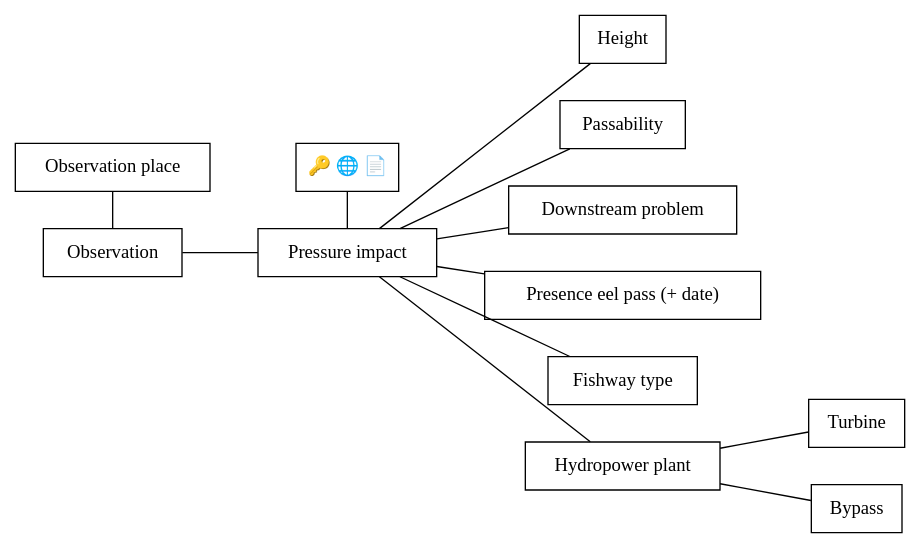
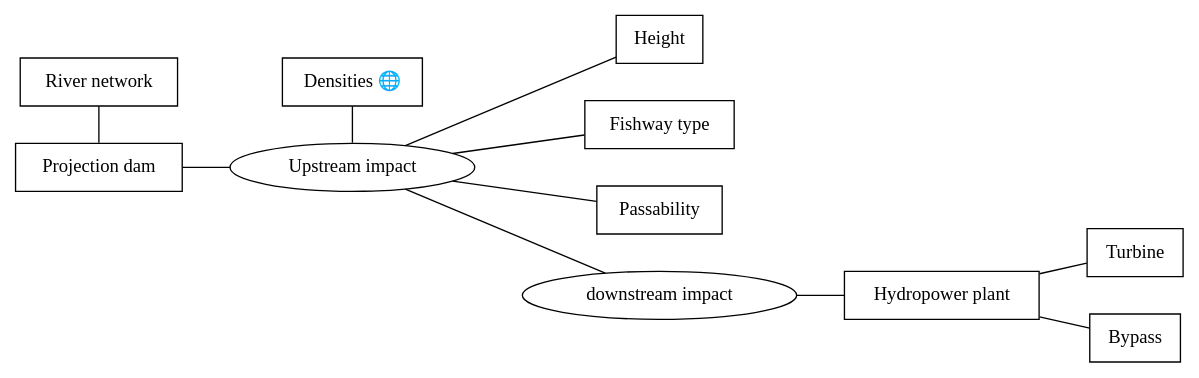
The fourth of 5 diagrams in R/diaspara_WP3_Tuesday_presentation.qmd (DIASPARAproject/WP3_migdb), drawn with Graphviz before and after one commit. The commit also changed other lines of this file and 11 other files, not shown here.

````diff
--- a/R/diaspara_WP3_Tuesday_presentation.qmd
+++ b/R/diaspara_WP3_Tuesday_presentation.qmd
@@ -454,38 +616,36 @@
 ```{dot}
 graph G{
   newrank=true;
   rankdir=LR;
   splines=false;
   outputorder=nodesfirst;
   nodesep=0.39;
 
-  A [label="Observation place",shape=box];
-  B [label="Observation",shape=box];
-  C [label="Pressure impact",shape=box];
-  D [label="🔑 🌐 📄",shape=box];
+  A [label="River network",shape=box];
+  B [label="Projection dam",shape=box];
+  C [label="Upstream impact"];
+  D [label="Densities 🌐",shape=box];
   E [label="Height",shape=box];
-  F [label="Passability",shape=box];
-  G [label="Downstream problem",shape=box];
-  I [label="Presence eel pass (+ date)",shape=box];
-  H [label="Fishway type",shape=box];
+  F [label="Fishway type",shape=box];
+  H [label="Passability",shape=box];
+  I [label="downstream impact"];
   J [label="Hydropower plant",shape=box];
   K [label="Turbine",shape=box];
   L [label="Bypass",shape=box];
 
   {rank=same;A;B}
   {rank=same;D;C}
 
 
   A -- B
   B -- C
   D -- C
   C -- E
   C -- F
-  C -- G
   C -- H
   C -- I
-  C -- J
+  I -- J
   J -- K
   J -- L
 }
 ```
````
